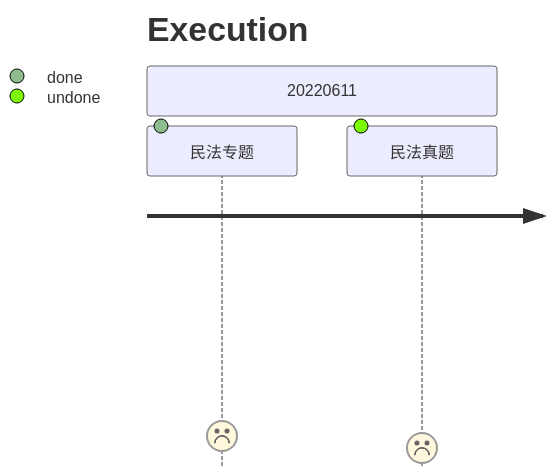
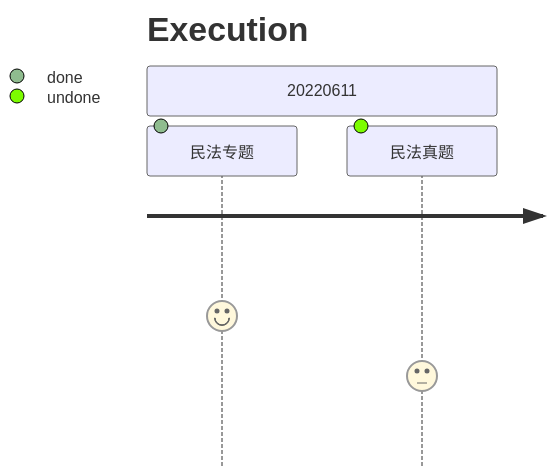
The second of 2 diagrams in index.md (MInsYang/100dayQEforLP), drawn with Mermaid before and after one commit.

````diff
--- a/index.md
+++ b/index.md
@@ -81,7 +81,7 @@
 ```mermaid
 journey
   title Execution
   section 20220611
-    民法专题    : 1:done
-    民法真题    : 0.6:undone
+    民法专题    : 5:done
+    民法真题    : 3:undone
 ```
````
